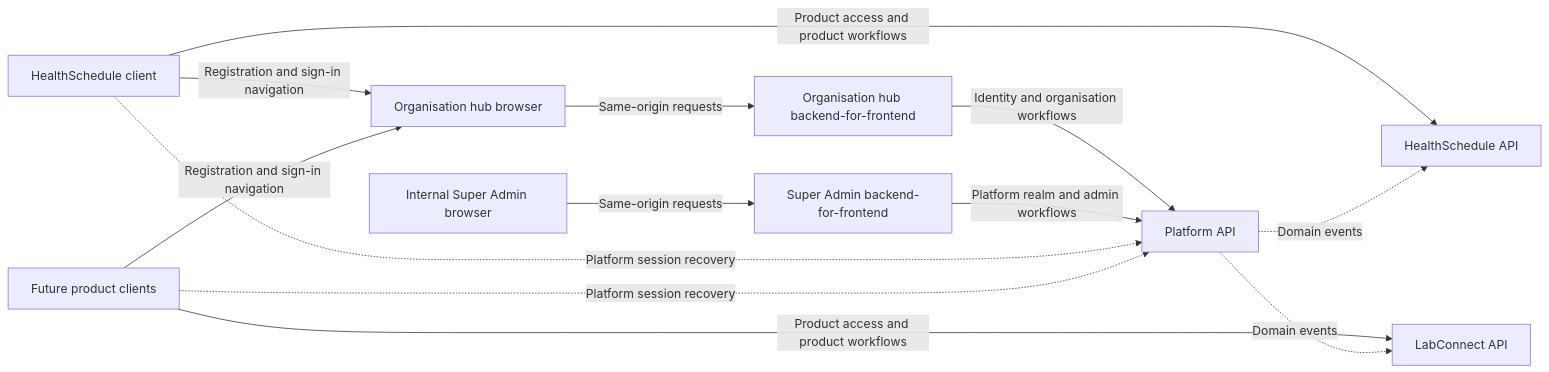
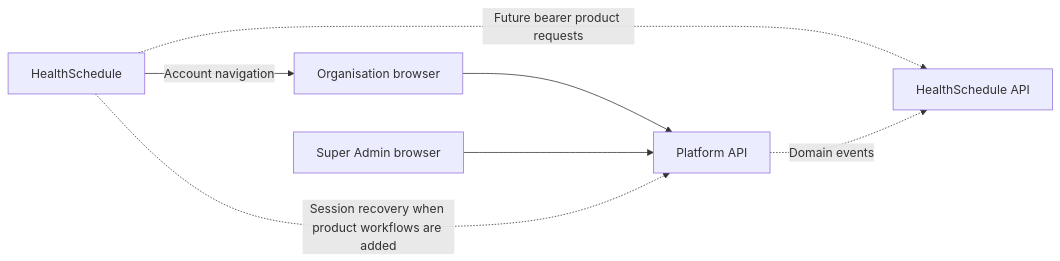
One commit to Healthalyst-Africa/healthalyst-frontend changed the diagram in docs/frontend-architecture-analysis.md. Above: the diagram before and after it, drawn with Mermaid. The commit also changed other lines of this file and 99 other files, not shown here.

Commit message:
fix(auth): align frontend sessions with platform API

````diff
--- a/docs/frontend-architecture-analysis.md
+++ b/docs/frontend-architecture-analysis.md
@@ -31,25 +20,9 @@
 ```mermaid
 flowchart LR
-  OrganizationHub[Organisation hub browser]
-  OrganizationBackendForFrontend[Organisation hub backend-for-frontend]
-  HealthScheduleClient[HealthSchedule client]
-  FutureProductClients[Future product clients]
-  SuperAdmin[Internal Super Admin browser]
-  SuperAdminBackendForFrontend[Super Admin backend-for-frontend]
-  Platform[Platform API]
-  HealthScheduleApi[HealthSchedule API]
-  LabConnectApi[LabConnect API]
-
-  HealthScheduleClient -->|Registration and sign-in navigation| OrganizationHub
-  FutureProductClients -->|Registration and sign-in navigation| OrganizationHub
-  OrganizationHub -->|Same-origin requests| OrganizationBackendForFrontend
-  OrganizationBackendForFrontend -->|Identity and organisation workflows| Platform
-  SuperAdmin -->|Same-origin requests| SuperAdminBackendForFrontend
-  SuperAdminBackendForFrontend -->|Platform realm and admin workflows| Platform
-  HealthScheduleClient -->|Product access and product workflows| HealthScheduleApi
-  FutureProductClients -->|Product access and product workflows| LabConnectApi
-  HealthScheduleClient -.->|Platform session recovery| Platform
-  FutureProductClients -.->|Platform session recovery| Platform
-  Platform -.->|Domain events| HealthScheduleApi
-  Platform -.->|Domain events| LabConnectApi
+  Organization[Organisation browser] --> Platform[Platform API]
+  SuperAdmin[Super Admin browser] --> Platform
+  HealthSchedule[HealthSchedule] -->|Account navigation| Organization
+  HealthSchedule -.->|Future bearer product requests| Schedule[HealthSchedule API]
+  HealthSchedule -.->|Session recovery when product workflows are added| Platform
+  Platform -.->|Domain events| Schedule
 ```
````
